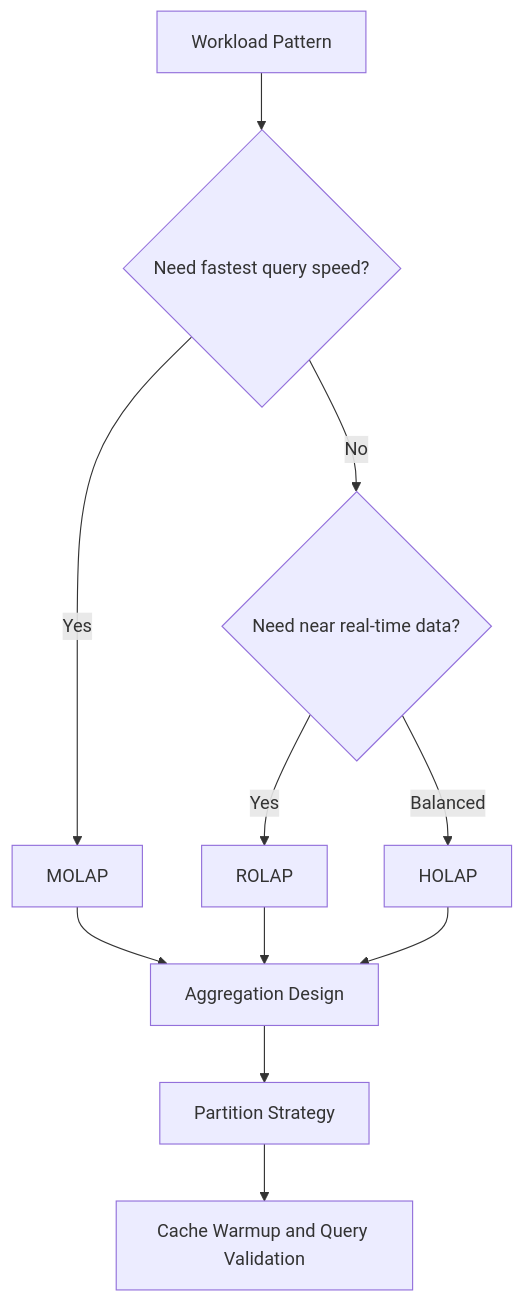
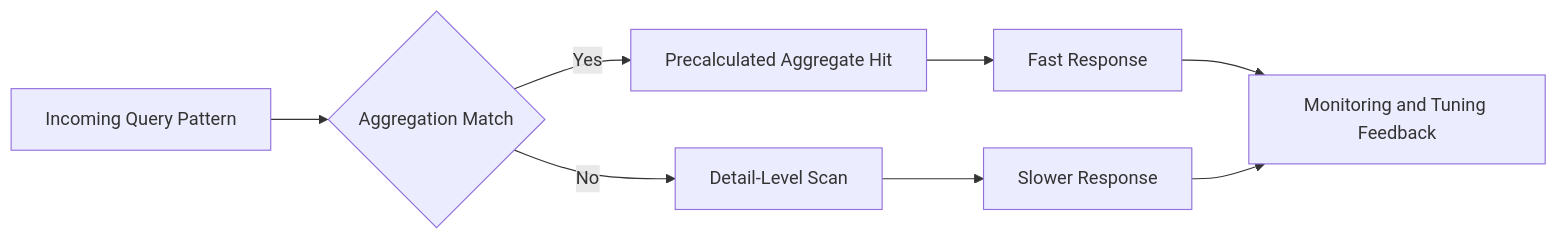
Before and after one commit to kumbulanit/SSAS-Fundamentals-SQL-Server-Analysis-Services: the first of 5 diagrams in Day-02/performance-tuning-and-optimization/performance-tuning-and-optimization-theory.md, drawn with Mermaid. The commit also changed other lines of this file and 23 other files, not shown here.

````diff
--- a/Day-02/performance-tuning-and-optimization/performance-tuning-and-optimization-theory.md
+++ b/Day-02/performance-tuning-and-optimization/performance-tuning-and-optimization-theory.md
@@ -390,14 +254,10 @@
 ```mermaid
-flowchart TD
-    S[Workload Pattern] --> D1{Need fastest query speed?}
-    D1 -->|Yes| M[MOLAP]
-    D1 -->|No| D2{Need near real-time data?}
-    D2 -->|Yes| R[ROLAP]
-    D2 -->|Balanced| H[HOLAP]
-
-    M --> A[Aggregation Design]
-    R --> A
-    H --> A
-    A --> P[Partition Strategy]
-    P --> C[Cache Warmup and Query Validation]
+flowchart LR
+    A[Incoming Query Pattern] --> B{Aggregation Match}
+    B -->|Yes| C[Precalculated Aggregate Hit]
+    C --> D[Fast Response]
+    B -->|No| E[Detail-Level Scan]
+    E --> F[Slower Response]
+    D --> G[Monitoring and Tuning Feedback]
+    F --> G
 ```
````
